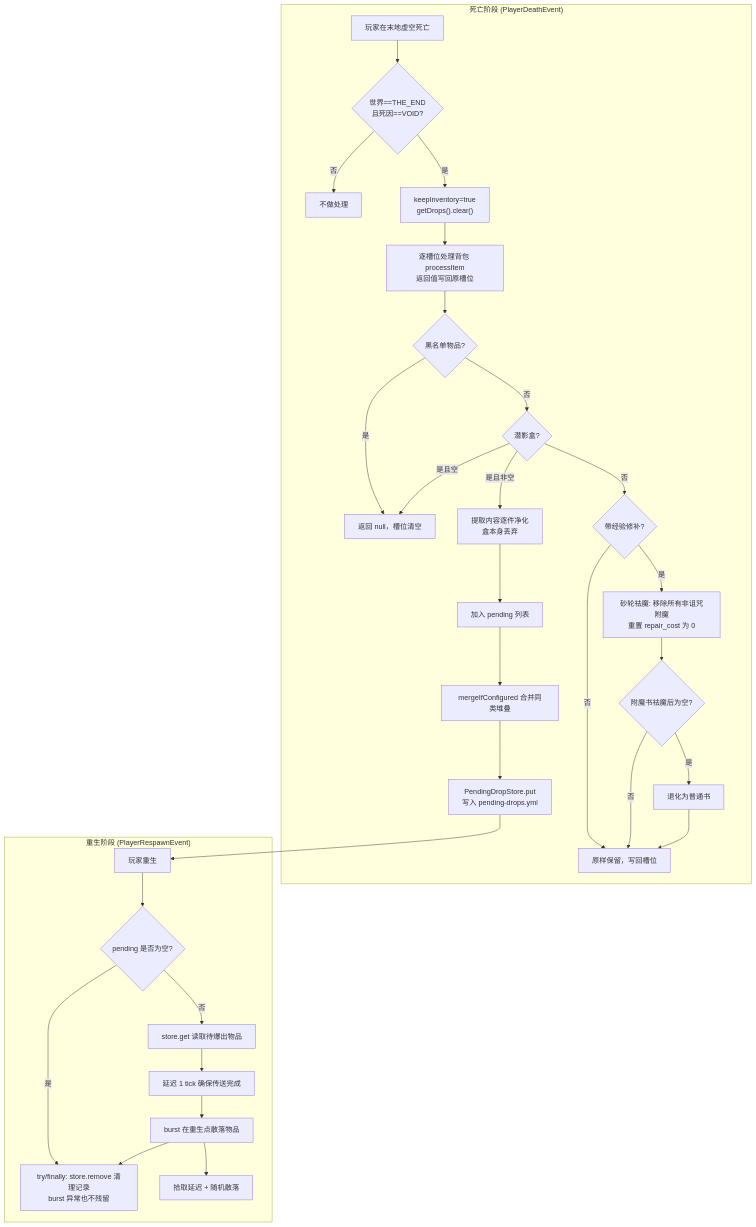
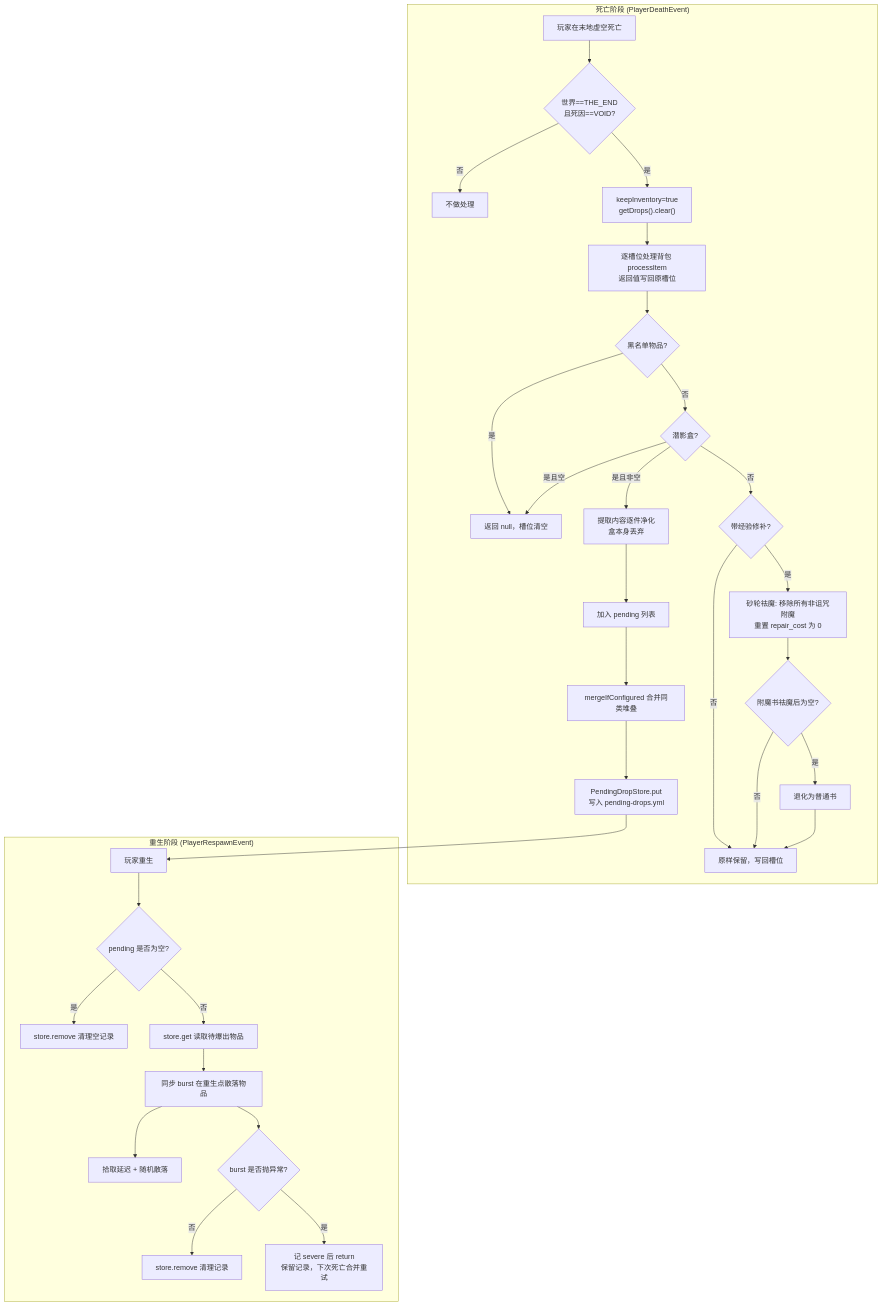
The first of 3 diagrams in docs/plugin-diagram.md (Distroub/EndVoidRescue), drawn with Mermaid before and after one commit. The commit also changed 4 other files, not shown here.

````diff
--- a/docs/plugin-diagram.md
+++ b/docs/plugin-diagram.md
@@ -3,35 +3,36 @@
 ```mermaid
 flowchart TD
     subgraph 死亡阶段["死亡阶段 (PlayerDeathEvent)"]
         A["玩家在末地虚空死亡"] --> B{"世界==THE_END<br/>且死因==VOID?"}
         B -- 否 --> Z["不做处理"]
         B -- 是 --> C["keepInventory=true<br/>getDrops().clear()"]
         C --> D["逐槽位处理背包 processItem<br/>返回值写回原槽位"]
         D --> E{"黑名单物品?"}
         E -- 是 --> X["返回 null，槽位清空"]
         E -- 否 --> F{"潜影盒?"}
         F -- 是且非空 --> G["提取内容逐件净化<br/>盒本身丢弃"]
         F -- 是且空 --> X
         F -- 否 --> H{"带经验修补?"}
         H -- 是 --> H2["砂轮祛魔: 移除所有非诅咒附魔<br/>重置 repair_cost 为 0"]
         H -- 否 --> I2["原样保留，写回槽位"]
         H2 --> H3{"附魔书祛魔后为空?"}
         H3 -- 是 --> H4["退化为普通书"]
         H3 -- 否 --> I2
         H4 --> I2
         G --> I["加入 pending 列表"]
         I --> J["mergeIfConfigured 合并同类堆叠"]
         J --> K["PendingDropStore.put<br/>写入 pending-drops.yml"]
     end
 
     subgraph 重生阶段["重生阶段 (PlayerRespawnEvent)"]
         K --> L["玩家重生"]
         L --> L2{"pending 是否为空?"}
         L2 -- 是 --> Q["store.remove 清理空记录"]
         L2 -- 否 --> M["store.get 读取待爆出物品"]
-        M --> N["延迟 1 tick 确保传送完成"]
-        N --> O["burst 在重生点散落物品"]
+        M --> O["同步 burst 在重生点散落物品"]
         O --> P["拾取延迟 + 随机散落"]
-        O --> Q["try/finally: store.remove 清理记录<br/>burst 异常也不残留"]
+        O --> R{"burst 是否抛异常?"}
+        R -- 否 --> S["store.remove 清理记录"]
+        R -- 是 --> T["记 severe 后 return<br/>保留记录，下次死亡合并重试"]
     end
 ```
````
